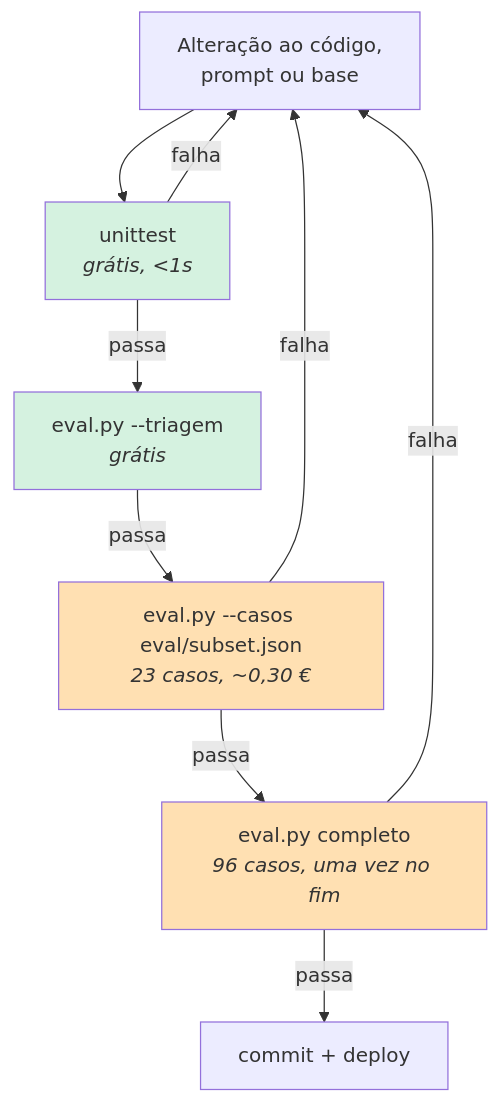
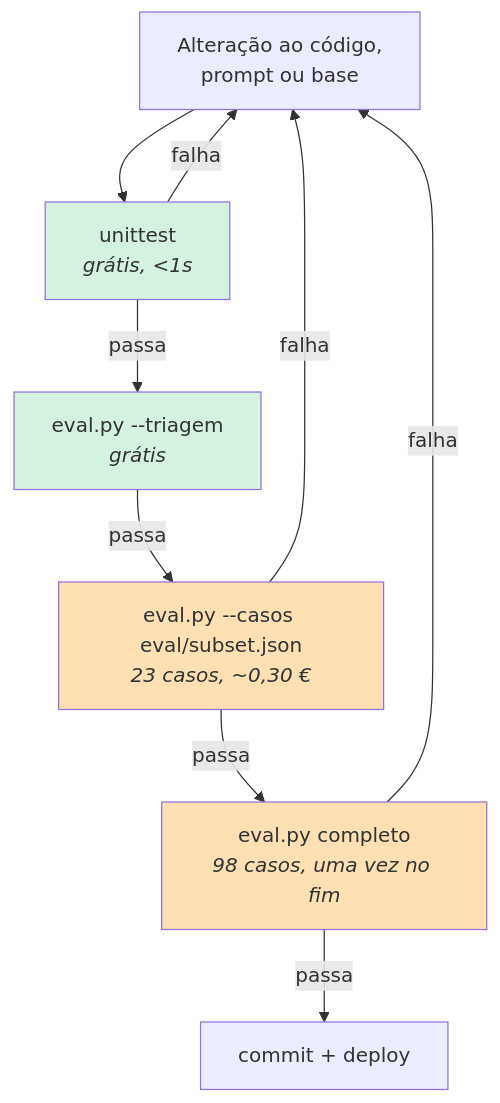
Before and after one commit to joaocarvalhini/Outlook-Reply-Assistant: the third of 3 diagrams in docs/05-reliability/qa.md, drawn with Mermaid. The commit also changed other lines of this file and 9 other files, not shown here.

````diff
--- a/docs/05-reliability/qa.md
+++ b/docs/05-reliability/qa.md
@@ -153,16 +153,16 @@
 ```mermaid
 flowchart TD
     A["Alteração ao código,<br/>prompt ou base"] --> B["unittest<br/><i>grátis, &lt;1s</i>"]
     B -->|passa| C["eval.py --triagem<br/><i>grátis</i>"]
     B -->|falha| A
     C -->|passa| D["eval.py --casos eval/subset.json<br/><i>23 casos, ~0,30 €</i>"]
-    D -->|passa| E["eval.py completo<br/><i>96 casos, uma vez no fim</i>"]
+    D -->|passa| E["eval.py completo<br/><i>98 casos, uma vez no fim</i>"]
     D -->|falha| A
     E -->|passa| F["commit + deploy"]
     E -->|falha| A
 
     style B fill:#d5f2e0
     style C fill:#d5f2e0
     style D fill:#ffe0b2
     style E fill:#ffe0b2
 ```
````
